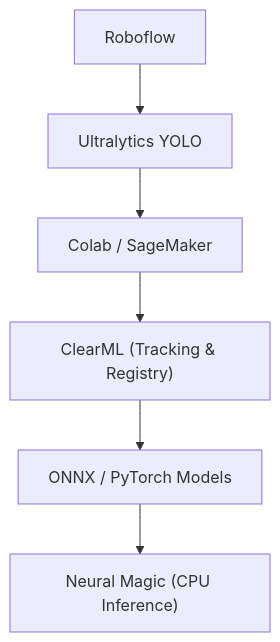
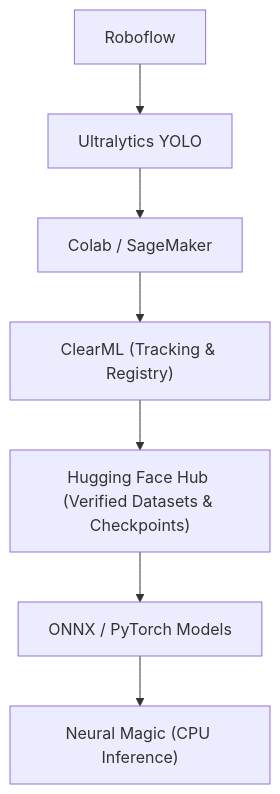
The diagram in README.md (Snake-AID/SnakeAid.ComputerVision), drawn with Mermaid before and after one commit. The commit also changed other lines of this file, not shown here.

First line of the commit message:
docs(readme): document Hugging Face Hub artifacts and workflow

````diff
--- a/README.md
+++ b/README.md
@@ -217,8 +268,9 @@
 ```mermaid
 flowchart TD
     A[Roboflow] --> B[Ultralytics YOLO]
     B --> C[Colab / SageMaker]
     C --> D["ClearML (Tracking & Registry)"]
-    D --> E[ONNX / PyTorch Models]
-    E --> F["Neural Magic (CPU Inference)"]
+    D --> E["Hugging Face Hub (Verified Datasets & Checkpoints)"]
+    E --> F[ONNX / PyTorch Models]
+    F --> G["Neural Magic (CPU Inference)"]
 ```
````
